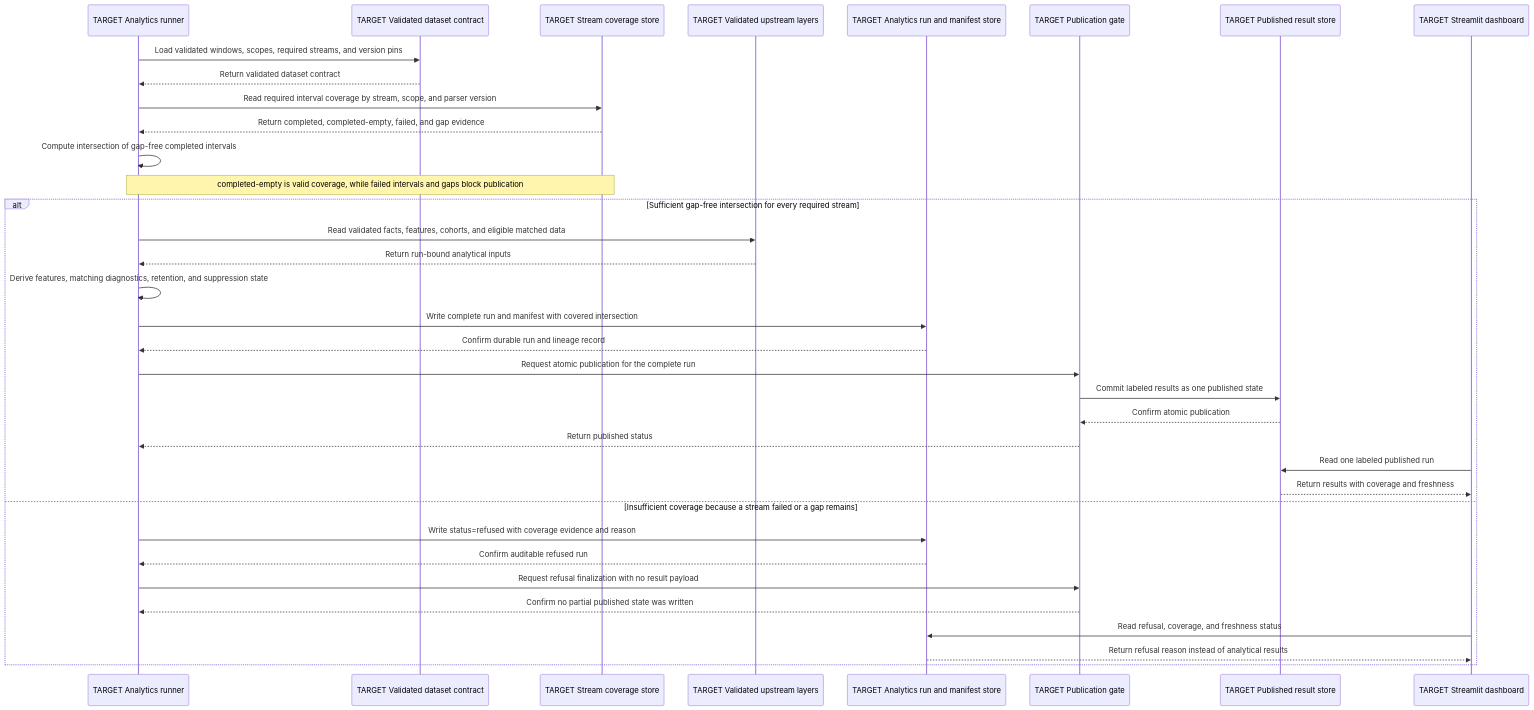
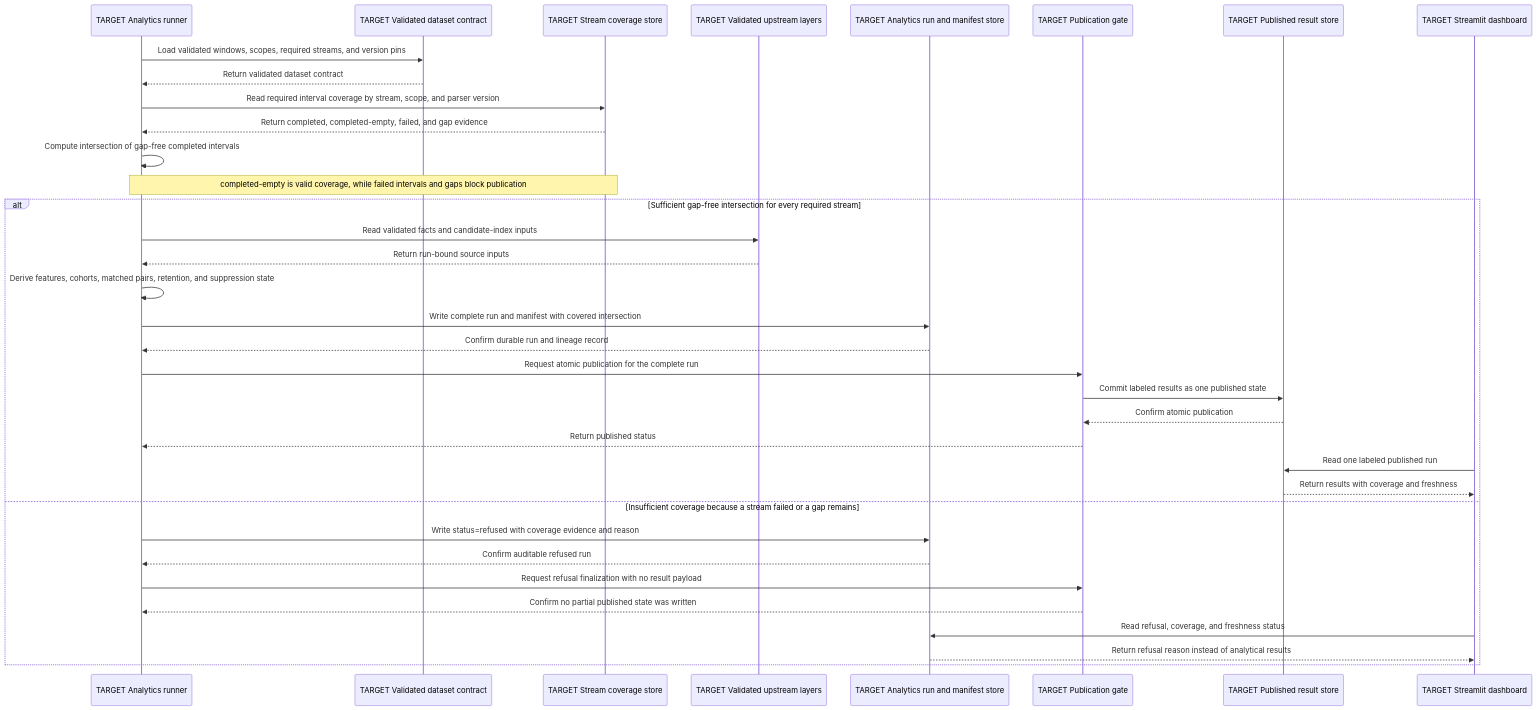
Before and after one commit to andrewmpalka/strata: the second of 2 diagrams in docs/architecture/diagrams/target-data-lineage-and-publication.md, drawn with Mermaid. The commit also changed other lines of this file and 6 other files, not shown here.

Commit message:
docs: correct architecture diagram semantics

````diff
--- a/docs/architecture/diagrams/target-data-lineage-and-publication.md
+++ b/docs/architecture/diagrams/target-data-lineage-and-publication.md
@@ -70,39 +70,39 @@
 ```mermaid
 sequenceDiagram
     participant Runner as TARGET Analytics runner
     participant Contract as TARGET Validated dataset contract
     participant Coverage as TARGET Stream coverage store
     participant Data as TARGET Validated upstream layers
     participant Runs as TARGET Analytics run and manifest store
     participant Gate as TARGET Publication gate
     participant Published as TARGET Published result store
     participant Dashboard as TARGET Streamlit dashboard
 
     Runner->>Contract: Load validated windows, scopes, required streams, and version pins
     Contract-->>Runner: Return validated dataset contract
     Runner->>Coverage: Read required interval coverage by stream, scope, and parser version
     Coverage-->>Runner: Return completed, completed-empty, failed, and gap evidence
     Runner->>Runner: Compute intersection of gap-free completed intervals
     Note over Runner,Coverage: completed-empty is valid coverage, while failed intervals and gaps block publication
 
     alt Sufficient gap-free intersection for every required stream
-        Runner->>Data: Read validated facts, features, cohorts, and eligible matched data
-        Data-->>Runner: Return run-bound analytical inputs
-        Runner->>Runner: Derive features, matching diagnostics, retention, and suppression state
+        Runner->>Data: Read validated facts and candidate-index inputs
+        Data-->>Runner: Return run-bound source inputs
+        Runner->>Runner: Derive features, cohorts, matched pairs, retention, and suppression state
         Runner->>Runs: Write complete run and manifest with covered intersection
         Runs-->>Runner: Confirm durable run and lineage record
         Runner->>Gate: Request atomic publication for the complete run
         Gate->>Published: Commit labeled results as one published state
         Published-->>Gate: Confirm atomic publication
         Gate-->>Runner: Return published status
         Dashboard->>Published: Read one labeled published run
         Published-->>Dashboard: Return results with coverage and freshness
     else Insufficient coverage because a stream failed or a gap remains
         Runner->>Runs: Write status=refused with coverage evidence and reason
         Runs-->>Runner: Confirm auditable refused run
         Runner->>Gate: Request refusal finalization with no result payload
         Gate-->>Runner: Confirm no partial published state was written
         Dashboard->>Runs: Read refusal, coverage, and freshness status
         Runs-->>Dashboard: Return refusal reason instead of analytical results
     end
 ```
````
